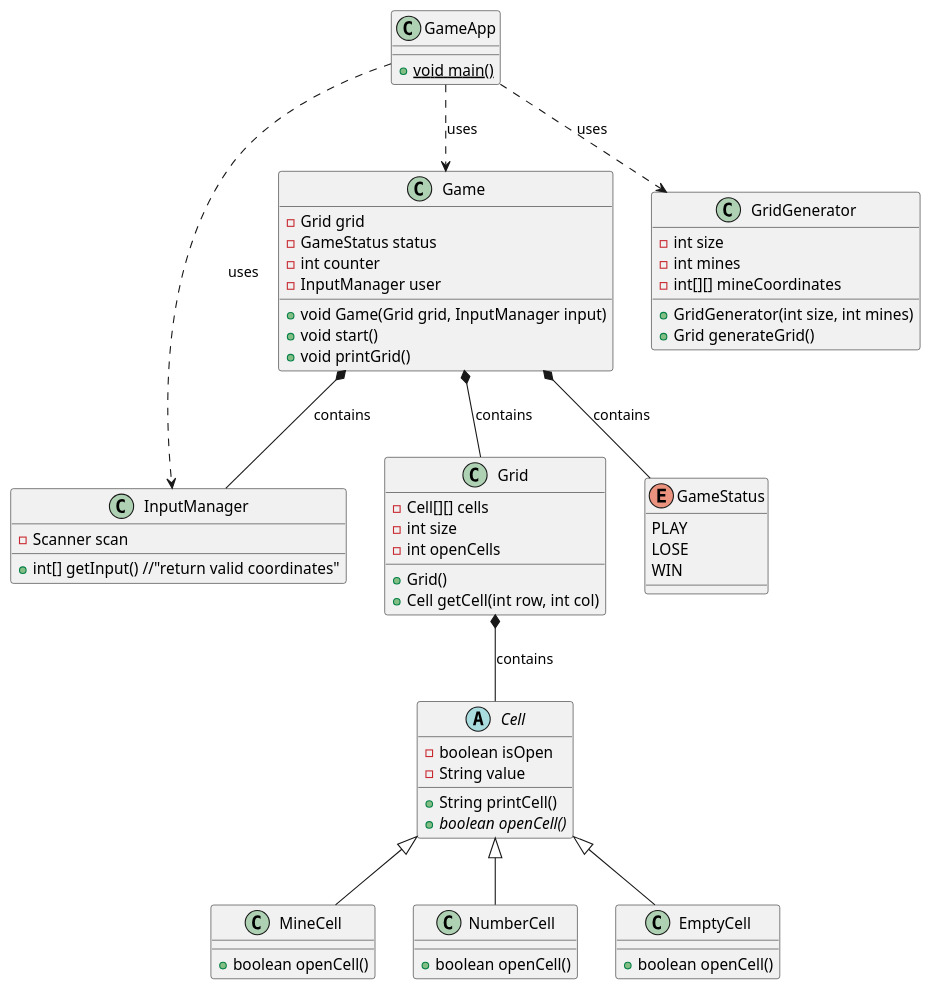
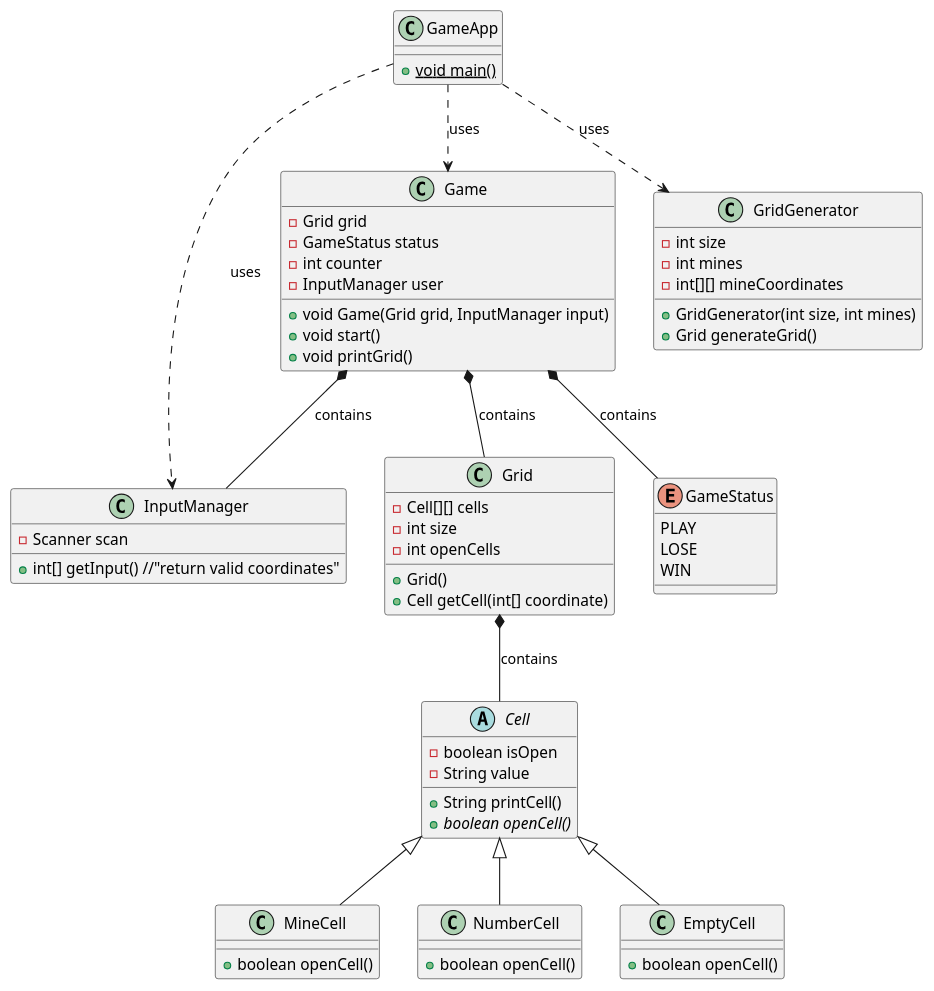
The diagram in ClassUML.puml (StudentsOnly/java-minesweeper-team1), drawn with PlantUML before and after one commit. The commit also changed 1 other file, not shown here.

Commit message:
update UML and Grid

```diff
--- a/ClassUML.puml
+++ b/ClassUML.puml
@@ -1,86 +1,86 @@
 @startuml
 'https://plantuml.com/class-diagram
 
 class GameApp {
 +{static} void main()
 }
 
 class InputManager {
 -Scanner scan
 
 +int[] getInput() //"return valid coordinates"
 }
 
 class Game {
 -Grid grid
 -GameStatus status
 -int counter
 -InputManager user
 
 +void Game(Grid grid, InputManager input)
 +void start()
 +void printGrid()
 
 }
 class Grid {
 -Cell[][] cells
 -int size
 -int openCells
 
 +Grid()
-+Cell getCell(int row, int col)
++Cell getCell(int[] coordinate)
 }
 
 class GridGenerator {
 -int size
 -int mines
 -int[][] mineCoordinates
 
 +GridGenerator(int size, int mines)
 +Grid generateGrid()
 
 }
 
 abstract class Cell {
 -boolean isOpen
 -String value
 
 +String printCell()
 +{abstract} boolean openCell()
 }
 
 class MineCell {
 +boolean openCell()
 }
 
 class NumberCell {
 +boolean openCell()
 }
 
 class EmptyCell {
 +boolean openCell()
 
 }
 
 enum GameStatus {
 PLAY
 LOSE
 WIN
 }
 
 
 Cell <|-- MineCell
 Cell <|-- NumberCell
 Cell <|-- EmptyCell
 Game *-- GameStatus : contains
 Game *-- Grid : contains
 Game *-- InputManager : contains
 Grid *-- Cell : contains
 GameApp ..> GridGenerator : uses
 GameApp ..> InputManager : uses
 GameApp ..> Game : uses
 
 
 
 
 @enduml
```
